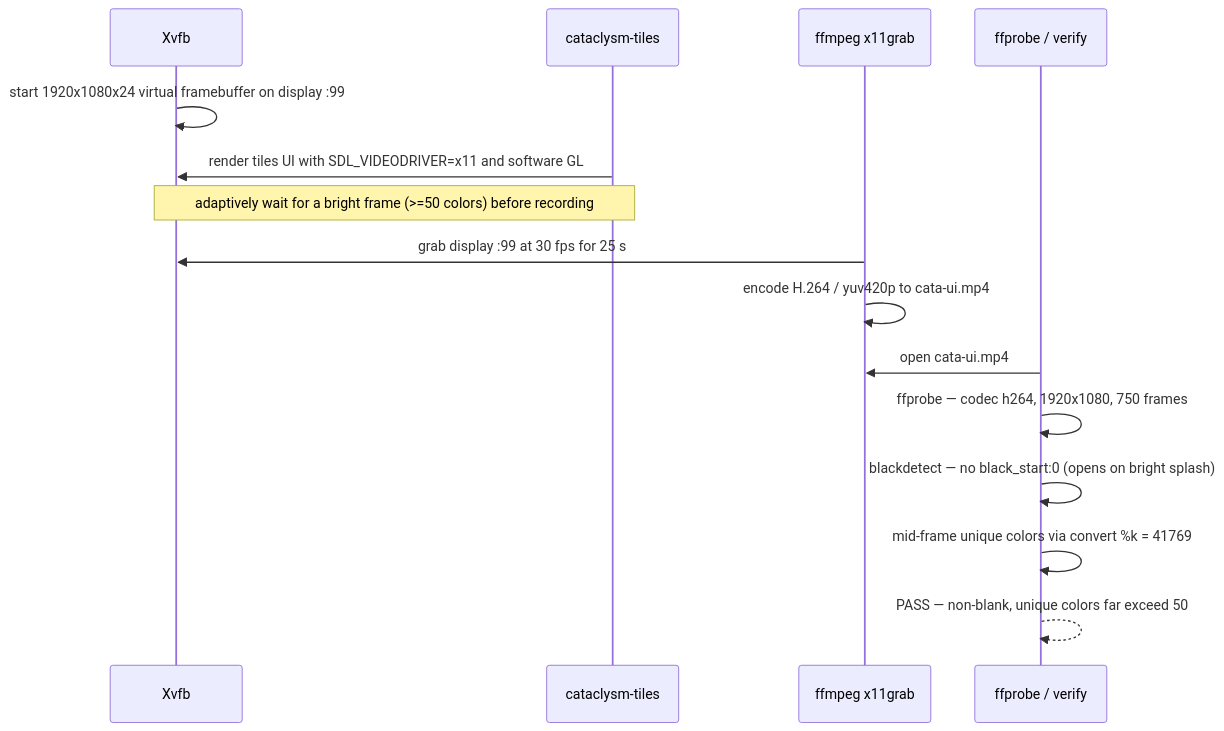
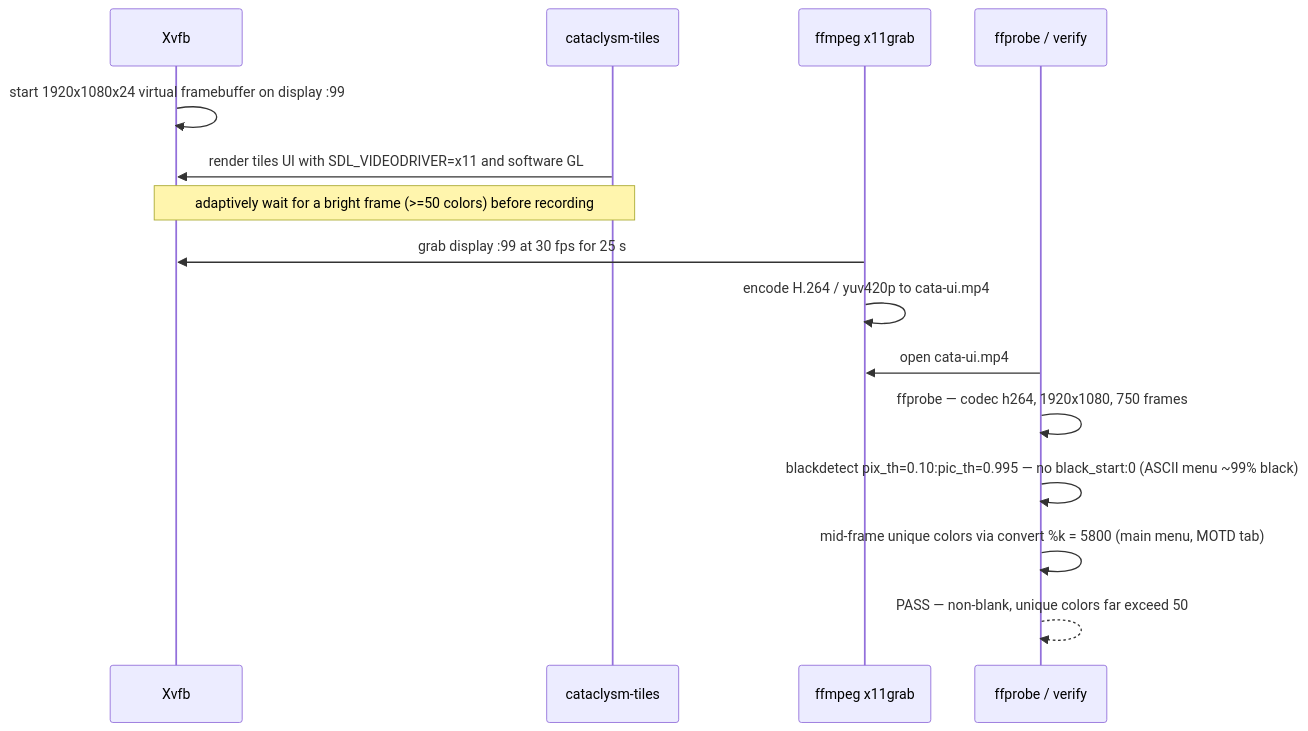
The second of 2 diagrams in blitzy/evidence/end-of-run-report.md (Blitzy-Sandbox/Cataclysm-DDA), drawn with Mermaid before and after one commit. The commit also changed other lines of this file and 3 other files, not shown here.

First line of the commit message:
Address QA final-acceptance findings: Gate 1 accuracy, main-menu UI clip, Explainability

````diff
--- a/blitzy/evidence/end-of-run-report.md
+++ b/blitzy/evidence/end-of-run-report.md
@@ -284,17 +292,17 @@
 ```mermaid
 sequenceDiagram
     participant X as Xvfb
     participant G as cataclysm-tiles
     participant F as ffmpeg x11grab
     participant V as ffprobe / verify
     X->>X: start 1920x1080x24 virtual framebuffer on display :99
     G->>X: render tiles UI with SDL_VIDEODRIVER=x11 and software GL
     Note over G,X: adaptively wait for a bright frame (>=50 colors) before recording
     F->>X: grab display :99 at 30 fps for 25 s
     F->>F: encode H.264 / yuv420p to cata-ui.mp4
     V->>F: open cata-ui.mp4
     V->>V: ffprobe — codec h264, 1920x1080, 750 frames
-    V->>V: blackdetect — no black_start:0 (opens on bright splash)
-    V->>V: mid-frame unique colors via convert %k = 41769
+    V->>V: blackdetect pix_th=0.10:pic_th=0.995 — no black_start:0 (ASCII menu ~99% black)
+    V->>V: mid-frame unique colors via convert %k = 5800 (main menu, MOTD tab)
     V-->>V: PASS — non-blank, unique colors far exceed 50
 ```
````
